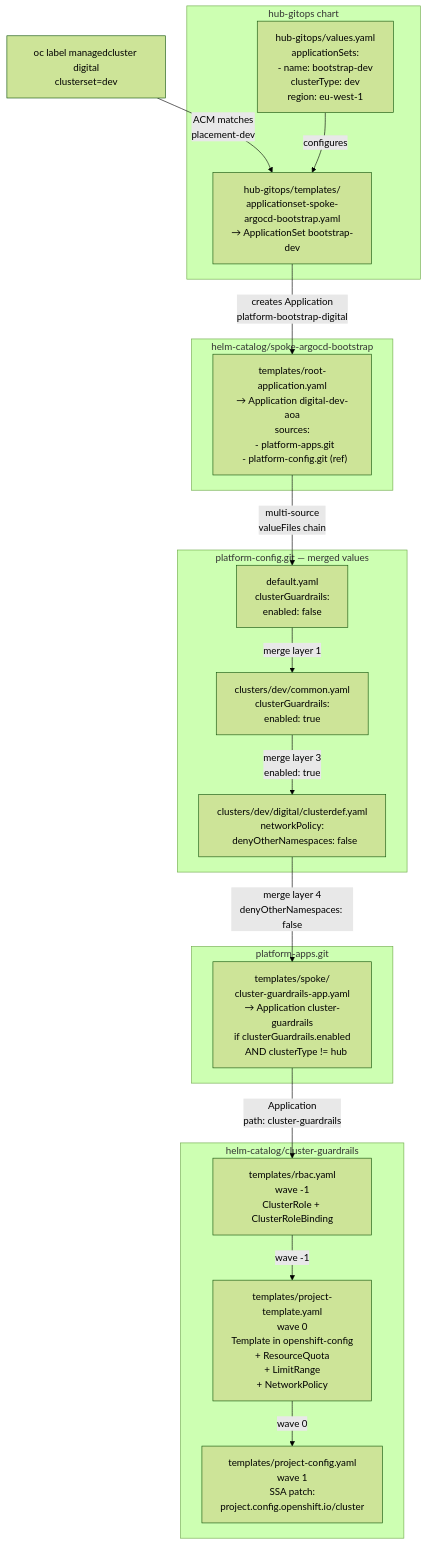
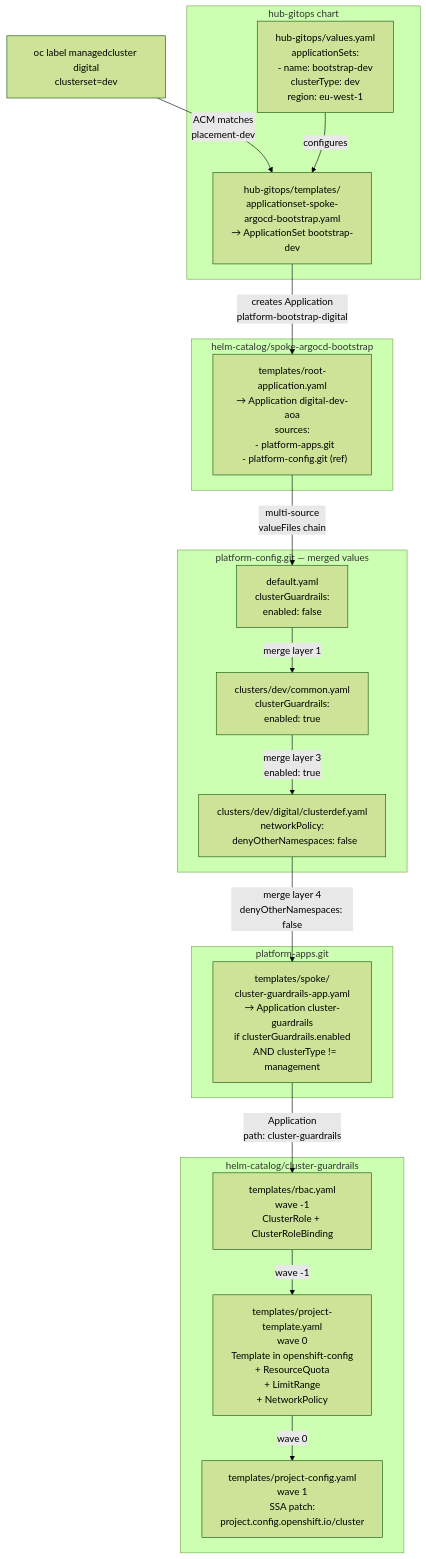
The third of 4 diagrams in DIAGRAMS.md (nu-j/hub-gitops), drawn with Mermaid (forest theme) before and after one commit. The commit also changed other lines of this file and 3 other files, not shown here.

Commit message:
🐻 REWORK - names of hub and management 🐻

````diff
--- a/DIAGRAMS.md
+++ b/DIAGRAMS.md
@@ -99,40 +99,40 @@
 ```mermaid
 flowchart TD
     Label["oc label managedcluster digital\nclusterset=dev"]
 
     subgraph hubGitops [hub-gitops chart]
         Values["hub-gitops/values.yaml\napplicationSets:\n  - name: bootstrap-dev\n    clusterType: dev\n    region: eu-west-1"]
         AppSetTpl["hub-gitops/templates/\napplicationset-spoke-argocd-bootstrap.yaml\n→ ApplicationSet bootstrap-dev"]
     end
 
     subgraph bootstrapChart [helm-catalog/spoke-argocd-bootstrap]
         RootAppTpl["templates/root-application.yaml\n→ Application digital-dev-aoa\nsources:\n  - platform-apps.git\n  - platform-config.git (ref)"]
     end
 
     subgraph configLayers [platform-config.git — merged values]
         Default["default.yaml\nclusterGuardrails:\n  enabled: false"]
         DevCommon["clusters/dev/common.yaml\nclusterGuardrails:\n  enabled: true"]
         Clusterdef["clusters/dev/digital/clusterdef.yaml\nnetworkPolicy:\n  denyOtherNamespaces: false"]
     end
 
     subgraph appsTpl [platform-apps.git]
-        GuardrailsTpl["templates/spoke/\ncluster-guardrails-app.yaml\n→ Application cluster-guardrails\nif clusterGuardrails.enabled\n   AND clusterType != hub"]
+        GuardrailsTpl["templates/spoke/\ncluster-guardrails-app.yaml\n→ Application cluster-guardrails\nif clusterGuardrails.enabled\n   AND clusterType != management"]
     end
 
     subgraph guardChart [helm-catalog/cluster-guardrails]
         RBAC["templates/rbac.yaml\nwave -1\nClusterRole + ClusterRoleBinding"]
         ProjTpl["templates/project-template.yaml\nwave 0\nTemplate in openshift-config\n+ ResourceQuota\n+ LimitRange\n+ NetworkPolicy"]
         ProjCfg["templates/project-config.yaml\nwave 1\nSSA patch:\nproject.config.openshift.io/cluster"]
     end
 
     Label -->|"ACM matches\nplacement-dev"| AppSetTpl
     Values -->|"configures"| AppSetTpl
     AppSetTpl -->|"creates Application\nplatform-bootstrap-digital"| RootAppTpl
     RootAppTpl -->|"multi-source\nvalueFiles chain"| Default
     Default -->|"merge layer 1"| DevCommon
     DevCommon -->|"merge layer 3\nenabled: true"| Clusterdef
     Clusterdef -->|"merge layer 4\ndenyOtherNamespaces: false"| GuardrailsTpl
     GuardrailsTpl -->|"Application\npath: cluster-guardrails"| RBAC
     RBAC -->|"wave -1"| ProjTpl
     ProjTpl -->|"wave 0"| ProjCfg
 ```
````
